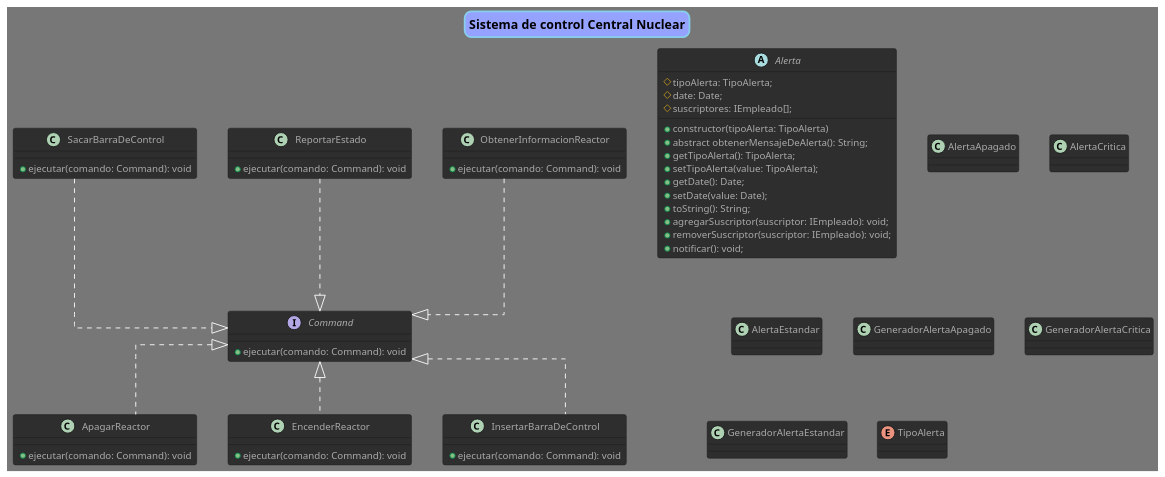
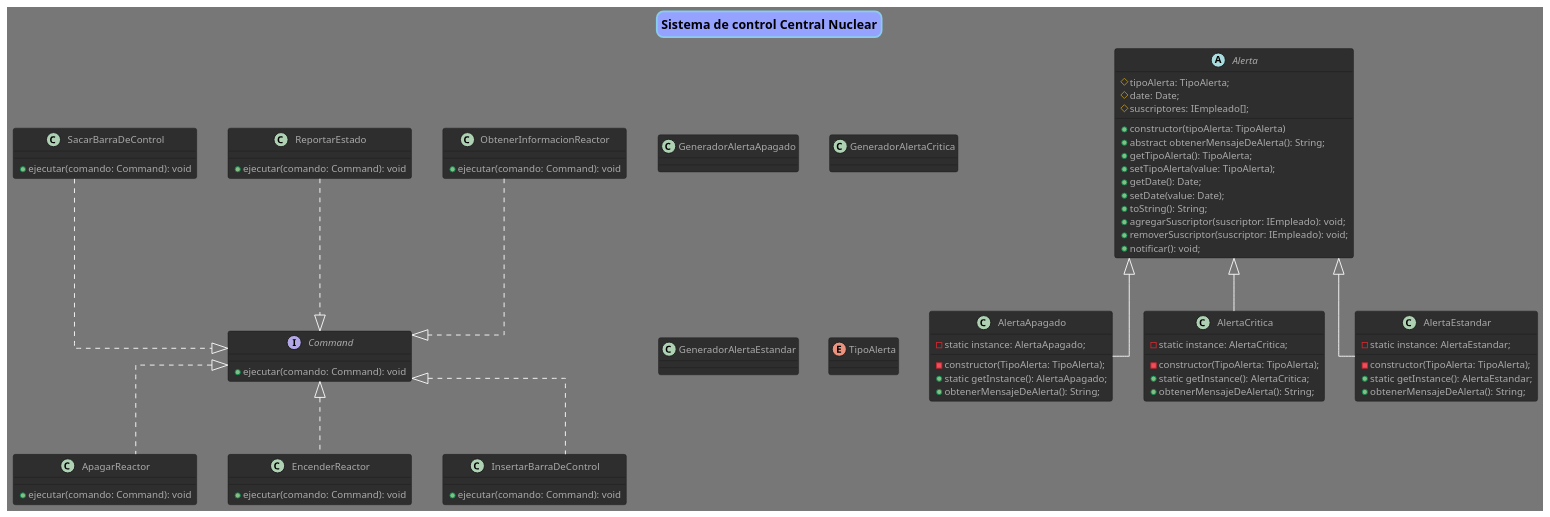
The diagram in diagrams/clases_sistema_control.puml (fmiguezo/reactor_nuclear), drawn with PlantUML before and after one commit.

Commit message:
añadidas subclases de alerta

```diff
--- a/diagrams/clases_sistema_control.puml
+++ b/diagrams/clases_sistema_control.puml
@@ -1,99 +1,114 @@
 @startuml Tp
 
 title "Sistema de control Central Nuclear"
 !theme reddress-darkblue
 scale 1.3
 skinparam Linetype ortho
 
 skinparam titleBorderRoundCorner 15
 skinparam titleBorderThickness 2
 skinparam titleBorderColor skyBlue
 skinparam titleBackgroundColor #96a2ff
 
 
 
 interface Command {
     +ejecutar(comando: Command): void
 }
 
 class ApagarReactor {
     +ejecutar(comando: Command): void
 }
 
 class EncenderReactor {
     +ejecutar(comando: Command): void
 }
 
 class InsertarBarraDeControl {
     +ejecutar(comando: Command): void
 }
 
 class ObtenerInformacionReactor {
     +ejecutar(comando: Command): void
 }
 
 class ReportarEstado {
     +ejecutar(comando: Command): void
 }
 
 class SacarBarraDeControl {
     +ejecutar(comando: Command): void
 }
 
 abstract class Alerta {
     #tipoAlerta: TipoAlerta;
     #date: Date;
     #suscriptores: IEmpleado[];
 
     +constructor(tipoAlerta: TipoAlerta)
     +abstract obtenerMensajeDeAlerta(): String;
     +getTipoAlerta(): TipoAlerta;
     +setTipoAlerta(value: TipoAlerta);
     +getDate(): Date;
     +setDate(value: Date);
     +toString(): String;
     +agregarSuscriptor(suscriptor: IEmpleado): void;
     +removerSuscriptor(suscriptor: IEmpleado): void;
     +notificar(): void;
 }
 
 class AlertaApagado {
+    -static instance: AlertaApagado;
 
+    -constructor(TipoAlerta: TipoAlerta);
+    +static getInstance(): AlertaApagado;
+    +obtenerMensajeDeAlerta(): String;
 }
 
 class AlertaCritica {
+    -static instance: AlertaCritica;
 
+    -constructor(TipoAlerta: TipoAlerta);
+    +static getInstance(): AlertaCritica;
+    +obtenerMensajeDeAlerta(): String;
 }
 
 class AlertaEstandar {
+    -static instance: AlertaEstandar;
 
+    -constructor(TipoAlerta: TipoAlerta);
+    +static getInstance(): AlertaEstandar;
+    +obtenerMensajeDeAlerta(): String;
 }
 
 class GeneradorAlertaApagado {
 
 }
 
 class GeneradorAlertaCritica {
 
 }
 
 class GeneradorAlertaEstandar {
 
 }
 
 enum TipoAlerta {
 
 }
 
 
 
 ' Relaciones
 Command <|.. ApagarReactor
 Command <|.. EncenderReactor
 Command <|.. InsertarBarraDeControl
 Command <|.u. ObtenerInformacionReactor
 Command <|.u. ReportarEstado
 Command <|.u. SacarBarraDeControl
 
+Alerta <|-- AlertaApagado
+Alerta <|-- AlertaCritica
+Alerta <|-- AlertaEstandar
 
 @enduml
```
